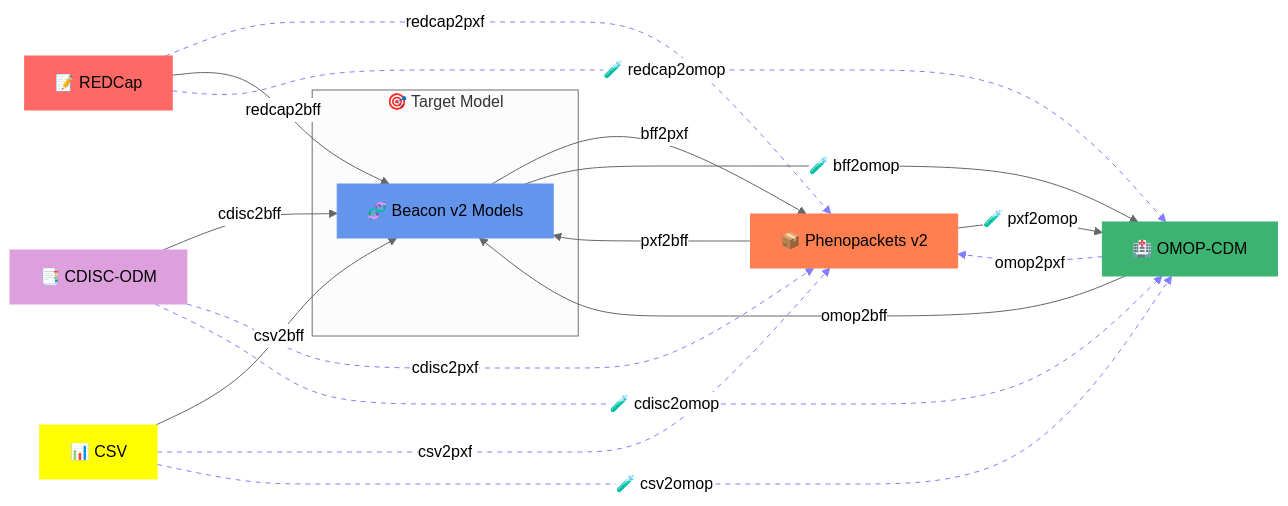
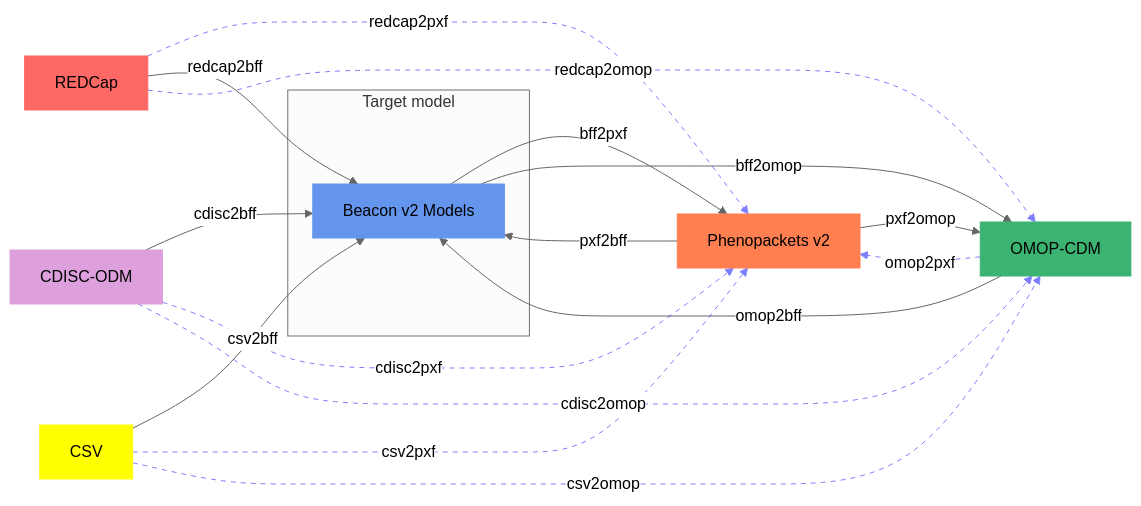
Before and after one commit to CNAG-Biomedical-Informatics/convert-pheno: the first of 2 diagrams in docs/supported-formats.md, drawn with Mermaid. The commit also changed other lines of this file and 30 other files, not shown here.

````diff
--- a/docs/supported-formats.md
+++ b/docs/supported-formats.md
@@ -3,34 +5,32 @@
 ```mermaid
 %%{init:{'theme':'neutral'}}%%
 graph LR
-  subgraph "🎯 Target Model"
-    A[🧬 Beacon v2 Models]
+  subgraph "Target model"
+    A[Beacon v2 Models]
   end
 
-  A -->|bff2pxf| B[📦 Phenopackets v2]
-  C[📝 REDCap] -->|redcap2pxf| B
-  D[🏥 OMOP-CDM] -->|omop2bff| A
-  E[📑 CDISC-ODM] -->|cdisc2bff| A
-  F[📊 CSV] -->|csv2bff| A
+  A -->|bff2pxf| B[Phenopackets v2]
+  C[REDCap] -->|redcap2pxf| B
+  D[OMOP-CDM] -->|omop2bff| A
+  E[CDISC-ODM] -->|cdisc2bff| A
+  F[CSV] -->|csv2bff| A
   B -->|pxf2bff| A
   C -->|redcap2bff| A
   D -->|omop2pxf| B
   E -->|cdisc2pxf| B
   F -->|csv2pxf| B
-  A -->|🧪 bff2omop| D
-  F -->|🧪 csv2omop| D
-  E -->|🧪 cdisc2omop| D
-  C -->|🧪 redcap2omop| D
-  B -->|🧪 pxf2omop| D
-
+  A -->|bff2omop| D
+  F -->|csv2omop| D
+  E -->|cdisc2omop| D
+  C -->|redcap2omop| D
+  B -->|pxf2omop| D
 
   style A fill:#6495ED,stroke:#6495ED
   style B fill:#FF7F50,stroke:#FF7F50
   style C fill:#FF6965,stroke:#FF6965
   style D fill:#3CB371,stroke:#3CB371
   style E fill:#DDA0DD,stroke:#DDA0DD
   style F fill:#FFFF00,stroke:#FFFF00
 
-  %% dotted, thinner, semi‑transparent blue for the “must via BFF” shortcuts
-     linkStyle 1,7,8,9,11,12,13 stroke:#0000FF,stroke-width:1px,stroke-dasharray:5 5,opacity:0.5;
+  linkStyle 1,7,8,9,11,12,13 stroke:#0000FF,stroke-width:1px,stroke-dasharray:5 5,opacity:0.5;
 ```
````
